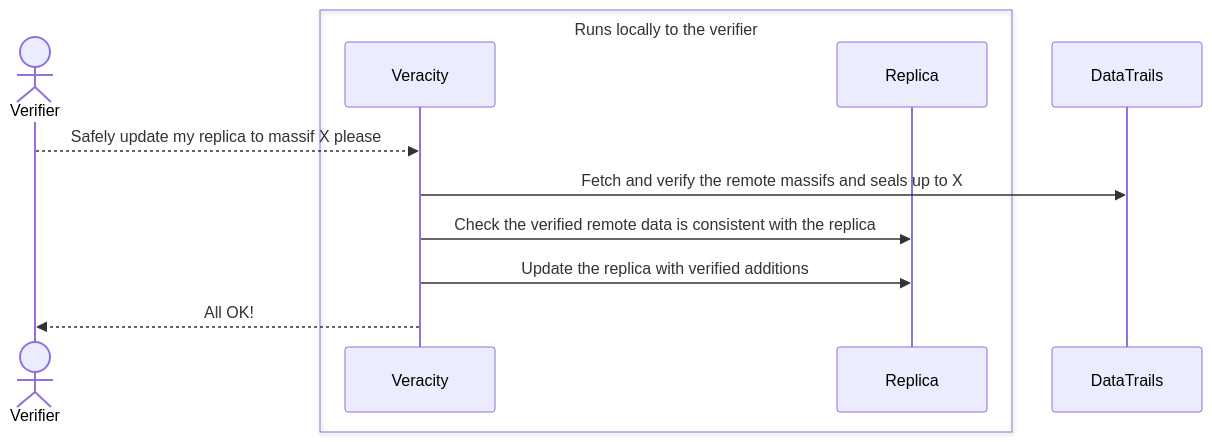
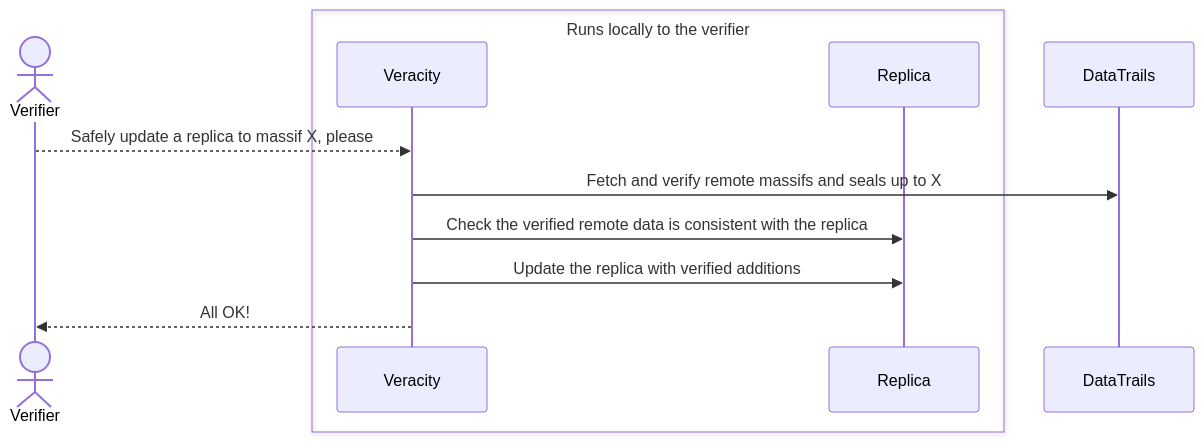
The first of 4 diagrams in content/developers/developer-patterns/3rdparty-verification/index.md (datatrails/datatrails-docs), drawn with Mermaid before and after one commit. The commit also changed other lines of this file, not shown here.

````diff
--- a/content/developers/developer-patterns/3rdparty-verification/index.md
+++ b/content/developers/developer-patterns/3rdparty-verification/index.md
@@ -81,19 +83,19 @@
 ```mermaid
 ---
 config:
     theme: classic
 ---
 sequenceDiagram
     actor v as Verifier
     box Runs locally to the verifier
     participant V as Veracity
     participant R as Replica
     end
     participant D as DataTrails
 
-    v -->> V: Safely update my replica to massif X please
-    V ->> D: Fetch and verify the remote massifs and seals up to X
+    v -->> V: Safely update a replica to massif X, please
+    V ->> D: Fetch and verify remote massifs and seals up to X
     V ->> R: Check the verified remote data is consistent with the replica
     V ->> R: Update the replica with verified additions
     V -->> v: All OK!
 ```
````
